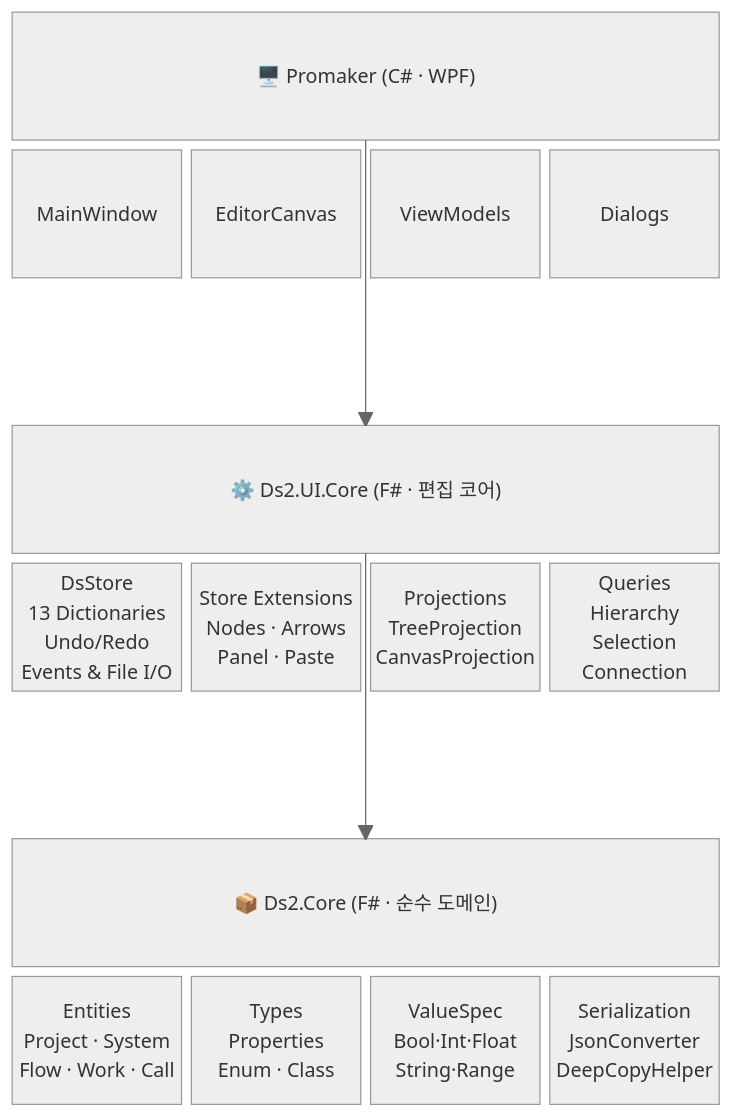
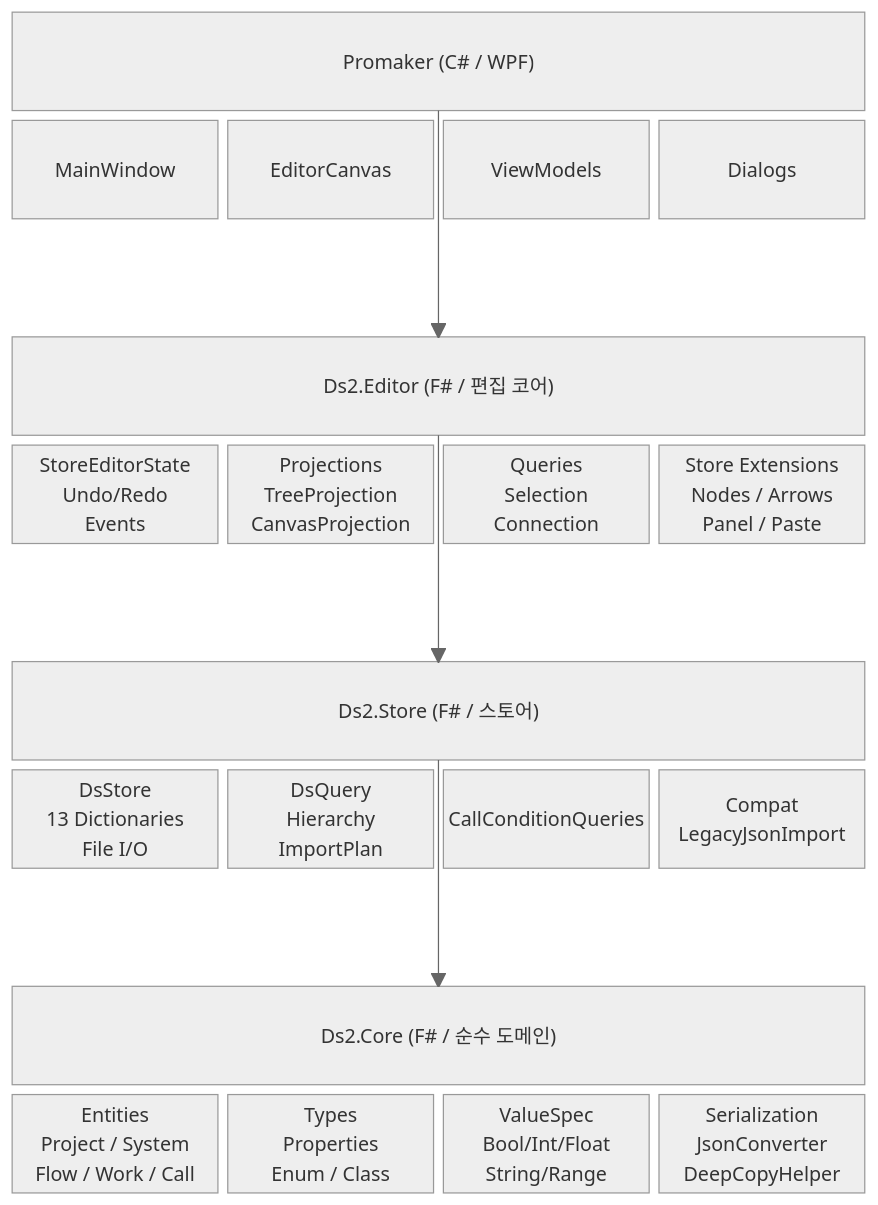
Before and after one commit to DualsoftDev/ds2: the second of 7 diagrams in README.md, drawn with Mermaid (neutral theme). The commit also changed other lines of this file and 5 other files, not shown here.

````diff
--- a/README.md
+++ b/README.md
@@ -42,26 +42,35 @@
 ```mermaid
 block-beta
   columns 4
 
-  UITITLE["🖥️ Promaker (C# · WPF)"]:4
+  UITITLE["Promaker (C# / WPF)"]:4
   MW["MainWindow"] EC["EditorCanvas"] VM["ViewModels"] DLG["Dialogs"]
 
   space:4
 
-  UICORETITLE["⚙️ Ds2.UI.Core (F# · 편집 코어)"]:4
-  DS["DsStore\n13 Dictionaries\nUndo/Redo\nEvents & File I/O"]
-  ST["Store Extensions\nNodes · Arrows\nPanel · Paste"]
+  EDITORTITLE["Ds2.Editor (F# / 편집 코어)"]:4
+  ED["StoreEditorState\nUndo/Redo\nEvents"]
   PJ["Projections\nTreeProjection\nCanvasProjection"]
-  QR["Queries\nHierarchy\nSelection\nConnection"]
+  QR["Queries\nSelection\nConnection"]
+  ST["Store Extensions\nNodes / Arrows\nPanel / Paste"]
 
   space:4
 
-  CORETITLE["📦 Ds2.Core (F# · 순수 도메인)"]:4
-  ENT["Entities\nProject · System\nFlow · Work · Call"]
-  TYP["Types\nProperties\nEnum · Class"]
-  VS["ValueSpec\nBool·Int·Float\nString·Range"]
+  STORETITLE["Ds2.Store (F# / 스토어)"]:4
+  DS["DsStore\n13 Dictionaries\nFile I/O"]
+  DQ["DsQuery\nHierarchy\nImportPlan"]
+  CC["CallConditionQueries"]
+  CP["Compat\nLegacyJsonImport"]
+
+  space:4
+
+  CORETITLE["Ds2.Core (F# / 순수 도메인)"]:4
+  ENT["Entities\nProject / System\nFlow / Work / Call"]
+  TYP["Types\nProperties\nEnum / Class"]
+  VS["ValueSpec\nBool/Int/Float\nString/Range"]
   SER["Serialization\nJsonConverter\nDeepCopyHelper"]
 
-  UITITLE --> UICORETITLE
-  UICORETITLE --> CORETITLE
+  UITITLE --> EDITORTITLE
+  EDITORTITLE --> STORETITLE
+  STORETITLE --> CORETITLE
 ```
````
